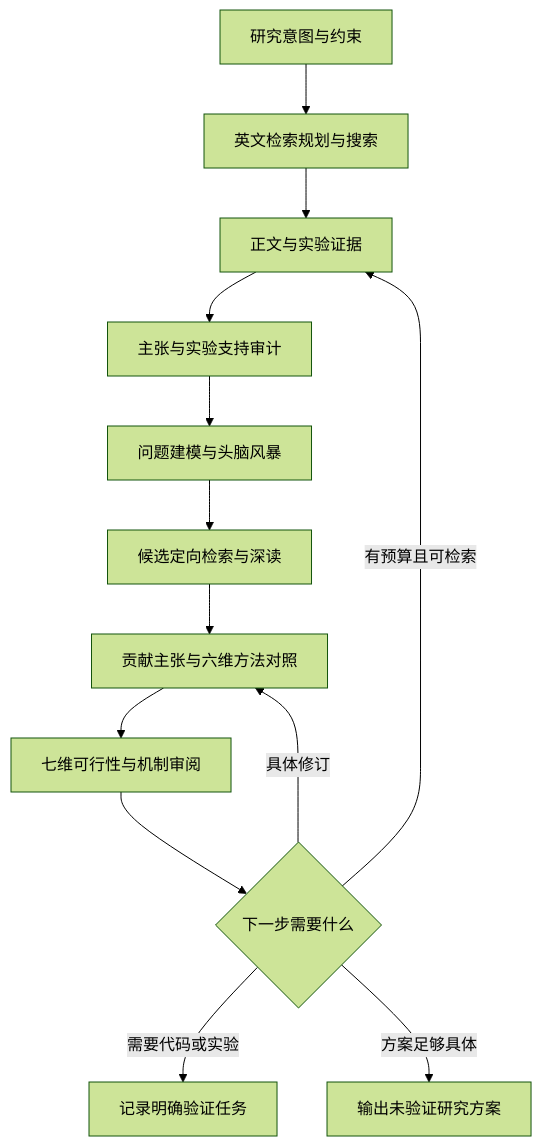
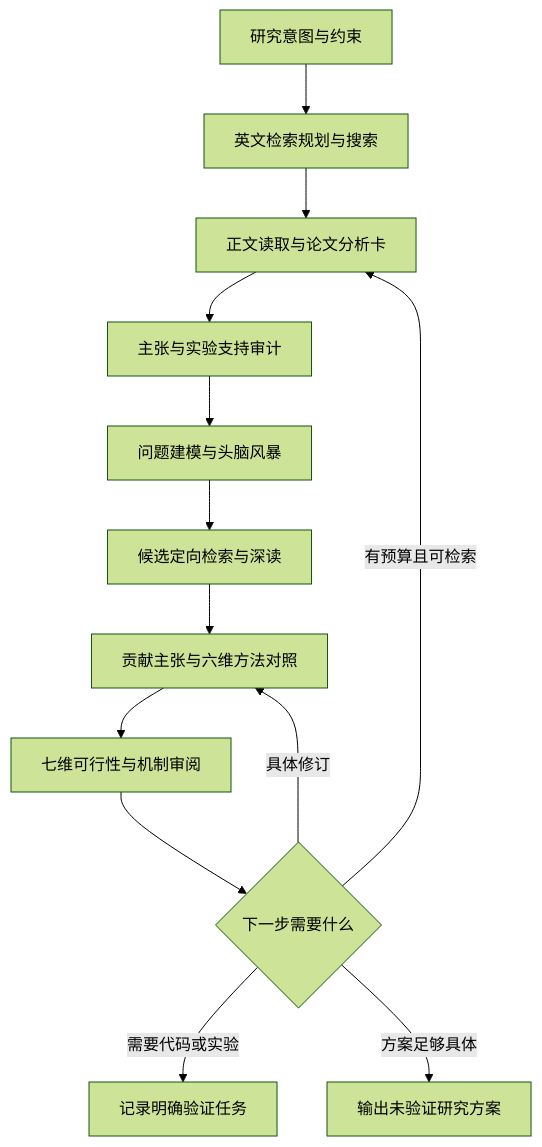
One commit to ghh1125/Research-idea changed the diagram in docs/architecture.md. Above: the diagram before and after it, drawn with Mermaid (forest theme). The commit also changed other lines of this file and 19 other files, not shown here.

````diff
--- a/docs/architecture.md
+++ b/docs/architecture.md
@@ -19,15 +20,15 @@
 ```mermaid
 flowchart TD
     A["研究意图与约束"] --> S["英文检索规划与搜索"]
-    S --> B["正文与实验证据"]
+    S --> B["正文读取与论文分析卡"]
     B --> Q["主张与实验支持审计"]
     Q --> C["问题建模与头脑风暴"]
     C --> R["候选定向检索与深读"]
     R --> D["贡献主张与六维方法对照"]
     D --> E["七维可行性与机制审阅"]
     E --> F{"下一步需要什么"}
     F -->|有预算且可检索| B
     F -->|具体修订| D
     F -->|需要代码或实验| G["记录明确验证任务"]
     F -->|方案足够具体| H["输出未验证研究方案"]
 ```
````
